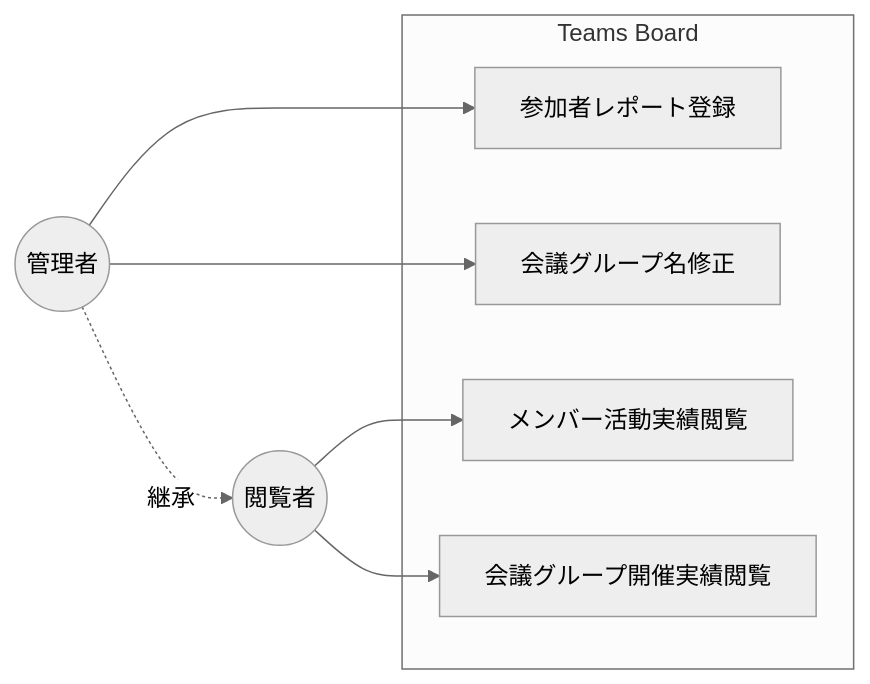
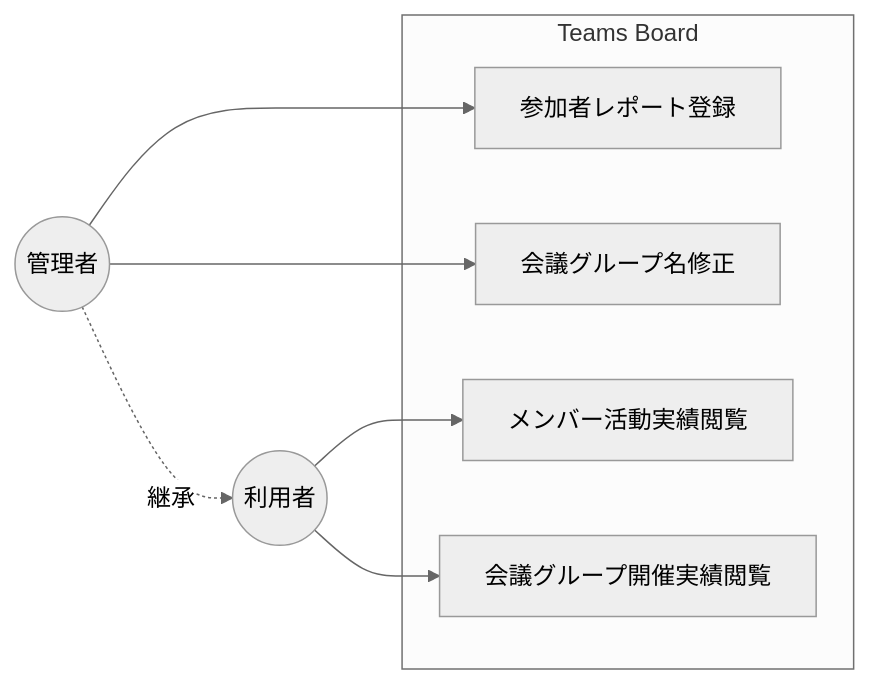
Before and after one commit to nuitsjp/teams-board: the second of 3 diagrams in docs/index.md, drawn with Mermaid (neutral theme). The commit also changed other lines of this file and 9 other files, not shown here.

First line of the commit message:
Docs/architecture complete description (#48)

````diff
--- a/docs/index.md
+++ b/docs/index.md
@@ -89,18 +56,18 @@
 ```mermaid
 graph LR
     管理者((管理者))
-    閲覧者((閲覧者))
+    利用者((利用者))
 
     subgraph Teams Board
         UC1[参加者レポート登録]
         UC2[会議グループ名修正]
         UC3[メンバー活動実績閲覧]
         UC4[会議グループ開催実績閲覧]
     end
 
-    管理者 -.->|継承| 閲覧者
+    管理者 -.->|継承| 利用者
     管理者 --> UC1
     管理者 --> UC2
-    閲覧者 --> UC3
-    閲覧者 --> UC4
+    利用者 --> UC3
+    利用者 --> UC4
 ```
````
